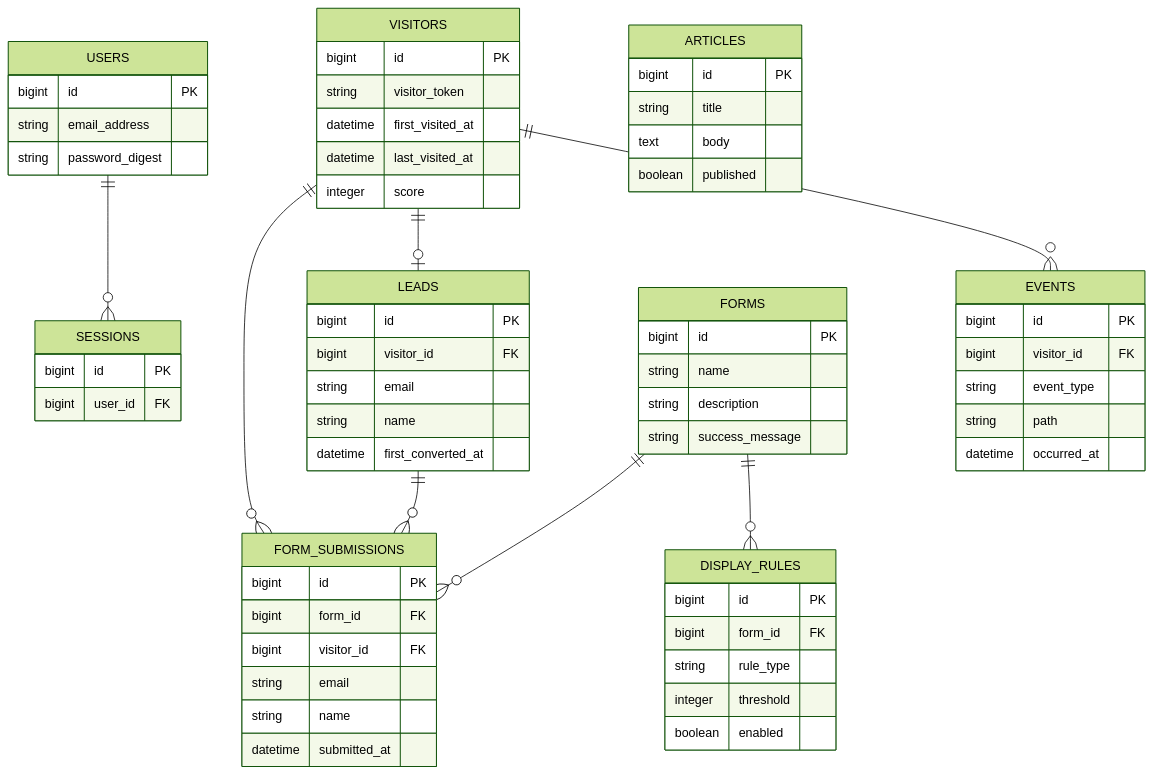
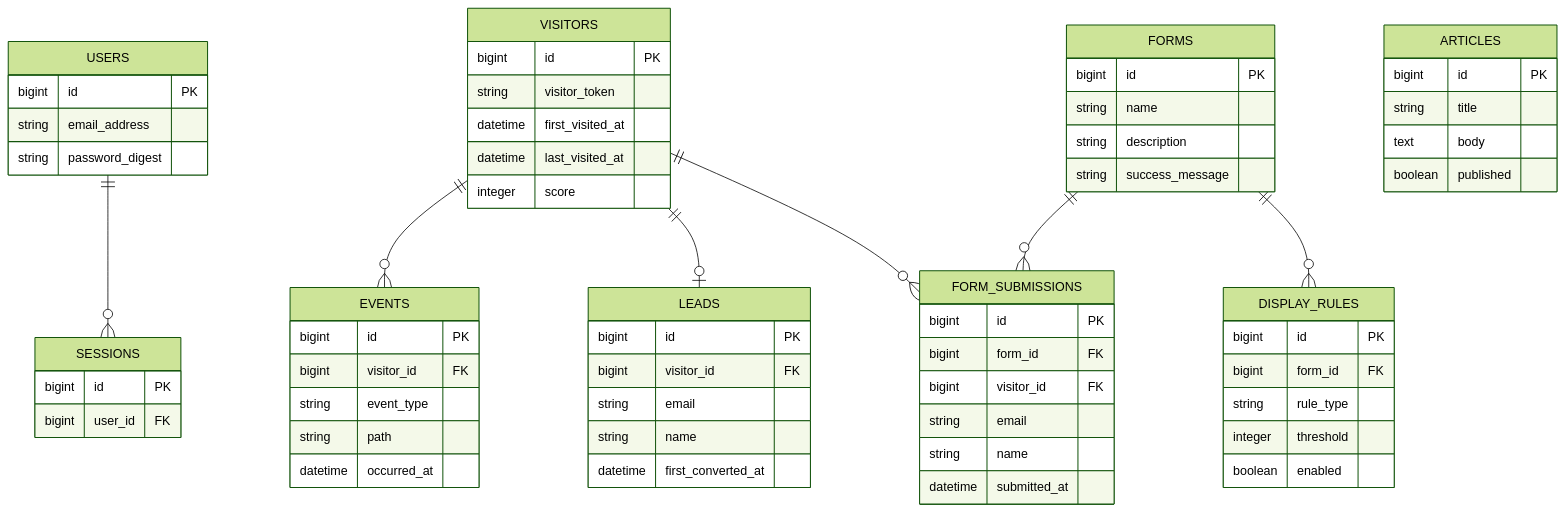
One commit to 1noseA/ma-cc changed the second of 9 diagrams in docs/design.md. Above: the diagram before and after it, drawn with Mermaid (forest theme). The commit also changed other lines of this file, not shown here.

````diff
--- a/docs/design.md
+++ b/docs/design.md
@@ -218,68 +218,67 @@
 ```mermaid
 erDiagram
     USERS ||--o{ SESSIONS : ""
     VISITORS ||--o{ EVENTS : ""
     VISITORS ||--o| LEADS : ""
     VISITORS ||--o{ FORM_SUBMISSIONS : ""
     FORMS ||--o{ DISPLAY_RULES : ""
     FORMS ||--o{ FORM_SUBMISSIONS : ""
-    LEADS ||--o{ FORM_SUBMISSIONS : ""
 
     USERS {
       bigint id PK
       string email_address
       string password_digest
     }
     SESSIONS {
       bigint id PK
       bigint user_id FK
     }
     ARTICLES {
       bigint id PK
       string title
       text body
       boolean published
     }
     VISITORS {
       bigint id PK
       string visitor_token
       datetime first_visited_at
       datetime last_visited_at
       integer score
     }
     EVENTS {
       bigint id PK
       bigint visitor_id FK
       string event_type
       string path
       datetime occurred_at
     }
     FORMS {
       bigint id PK
       string name
       string description
       string success_message
     }
     DISPLAY_RULES {
       bigint id PK
       bigint form_id FK
       string rule_type
       integer threshold
       boolean enabled
     }
     FORM_SUBMISSIONS {
       bigint id PK
       bigint form_id FK
       bigint visitor_id FK
       string email
       string name
       datetime submitted_at
     }
     LEADS {
       bigint id PK
       bigint visitor_id FK
       string email
       string name
       datetime first_converted_at
     }
 ```
````
